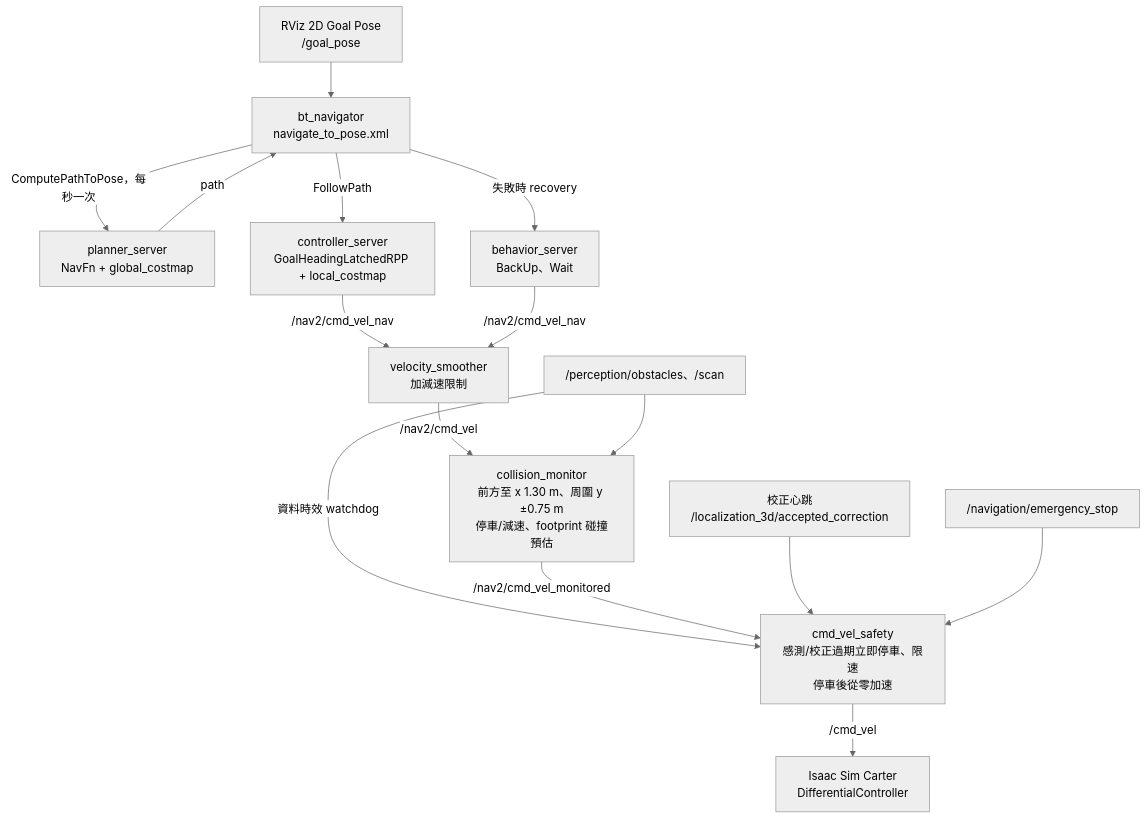
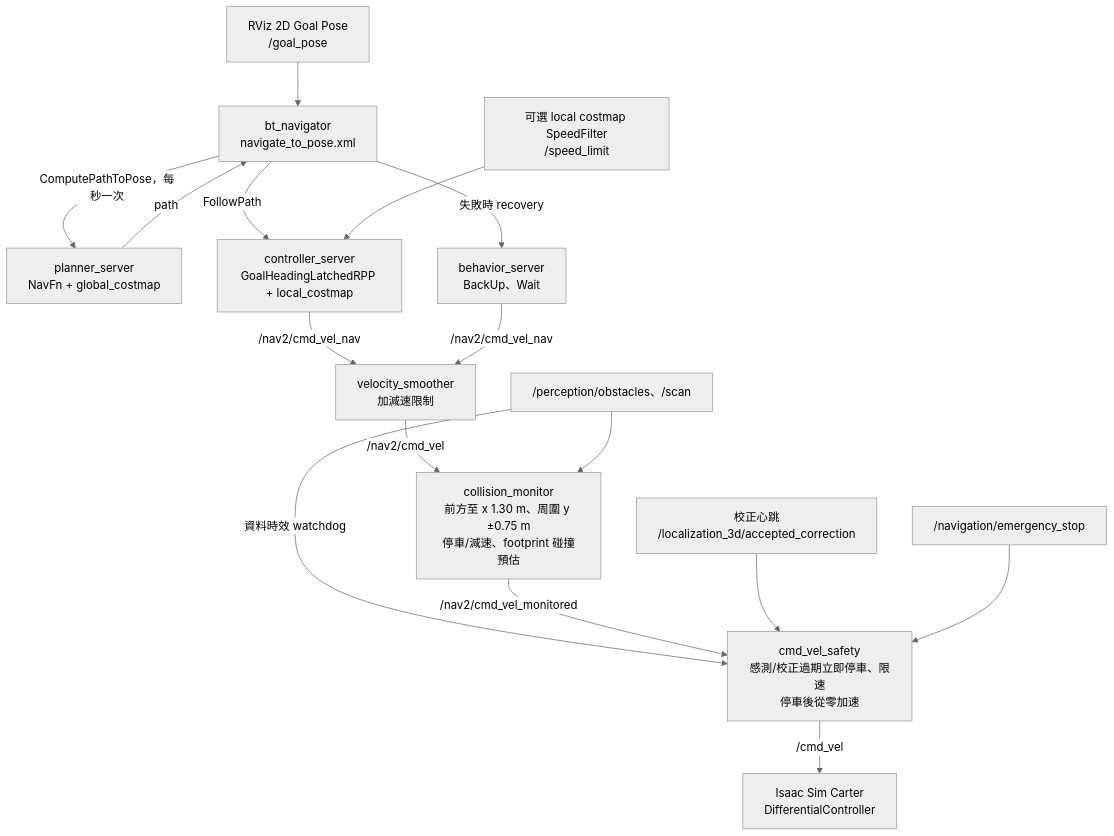
The second of 6 diagrams in docs/nav.md (piggaycheng/isaacsim_fast-lio2-slam), drawn with Mermaid (neutral theme) before and after one commit. The commit also changed other lines of this file and 15 other files, not shown here.

````diff
--- a/docs/nav.md
+++ b/docs/nav.md
@@ -73,30 +73,31 @@
 ```mermaid
 flowchart TD
     Goal["RViz 2D Goal Pose<br/>/goal_pose"]
     BT["bt_navigator<br/>navigate_to_pose.xml"]
     Planner["planner_server<br/>NavFn + global_costmap"]
     Controller["controller_server<br/>GoalHeadingLatchedRPP + local_costmap"]
     Behavior["behavior_server<br/>BackUp、Wait"]
     Smoother["velocity_smoother<br/>加減速限制"]
     Monitor["collision_monitor<br/>前方至 x 1.30 m、周圍 y ±0.75 m<br/>停車/減速、footprint 碰撞預估"]
     Obstacles["/perception/obstacles、/scan"]
     Safety["cmd_vel_safety<br/>感測/校正過期立即停車、限速<br/>停車後從零加速"]
     Correction["校正心跳<br/>/localization_3d/accepted_correction"]
     EStop["/navigation/emergency_stop"]
     Isaac["Isaac Sim Carter<br/>DifferentialController"]
 
     Goal --> BT
     BT -->|"ComputePathToPose，每秒一次"| Planner
     Planner -->|"path"| BT
     BT -->|"FollowPath"| Controller
     BT -->|"失敗時 recovery"| Behavior
     Controller -->|"/nav2/cmd_vel_nav"| Smoother
     Behavior -->|"/nav2/cmd_vel_nav"| Smoother
     Smoother -->|"/nav2/cmd_vel"| Monitor
     Obstacles --> Monitor
     Obstacles -->|"資料時效 watchdog"| Safety
     Monitor -->|"/nav2/cmd_vel_monitored"| Safety
     Correction --> Safety
     EStop --> Safety
     Safety -->|"/cmd_vel"| Isaac
+    Speed["可選 local costmap SpeedFilter<br/>/speed_limit"] --> Controller
 ```
````
